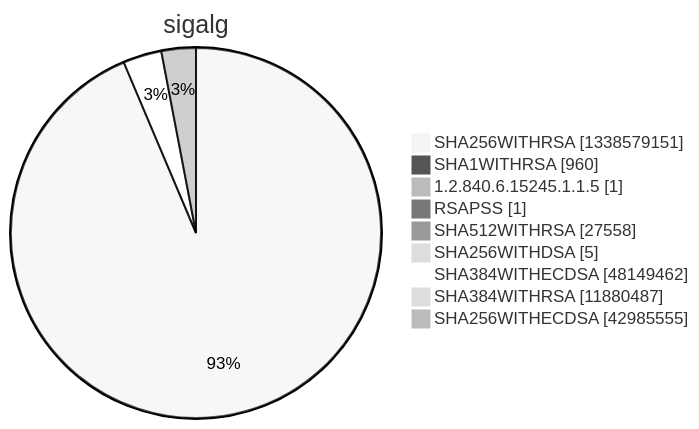
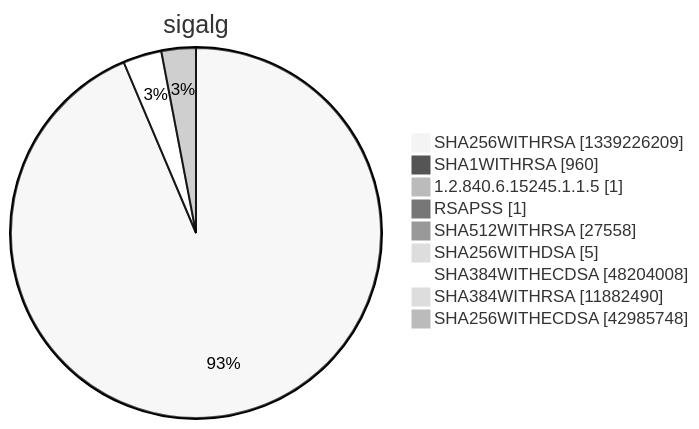
Before and after one commit to christiankrug/ctmonitor_visualization: diagram 15 of 15 in argon2022/README.md, drawn with Mermaid (neutral theme). The commit also changed other lines of this file, not shown here.

````diff
--- a/argon2022/README.md
+++ b/argon2022/README.md
@@ -5524,13 +5524,13 @@
 ```mermaid
 pie showData
 title sigalg
-"SHA256WITHRSA" :1338579151
+"SHA256WITHRSA" :1339226209
 "SHA1WITHRSA" :960
 "1.2.840.6.15245.1.1.5" :1
 "RSAPSS" :1
 "SHA512WITHRSA" :27558
 "SHA256WITHDSA" :5
-"SHA384WITHECDSA" :48149462
-"SHA384WITHRSA" :11880487
-"SHA256WITHECDSA" :42985555
+"SHA384WITHECDSA" :48204008
+"SHA384WITHRSA" :11882490
+"SHA256WITHECDSA" :42985748
 ```
````
